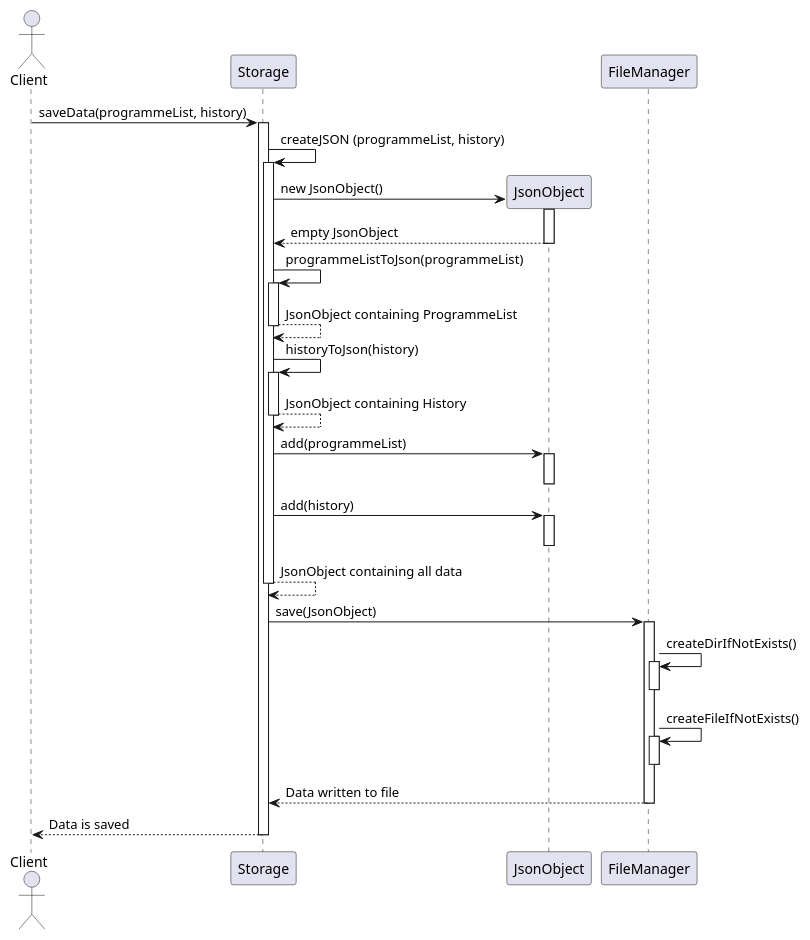
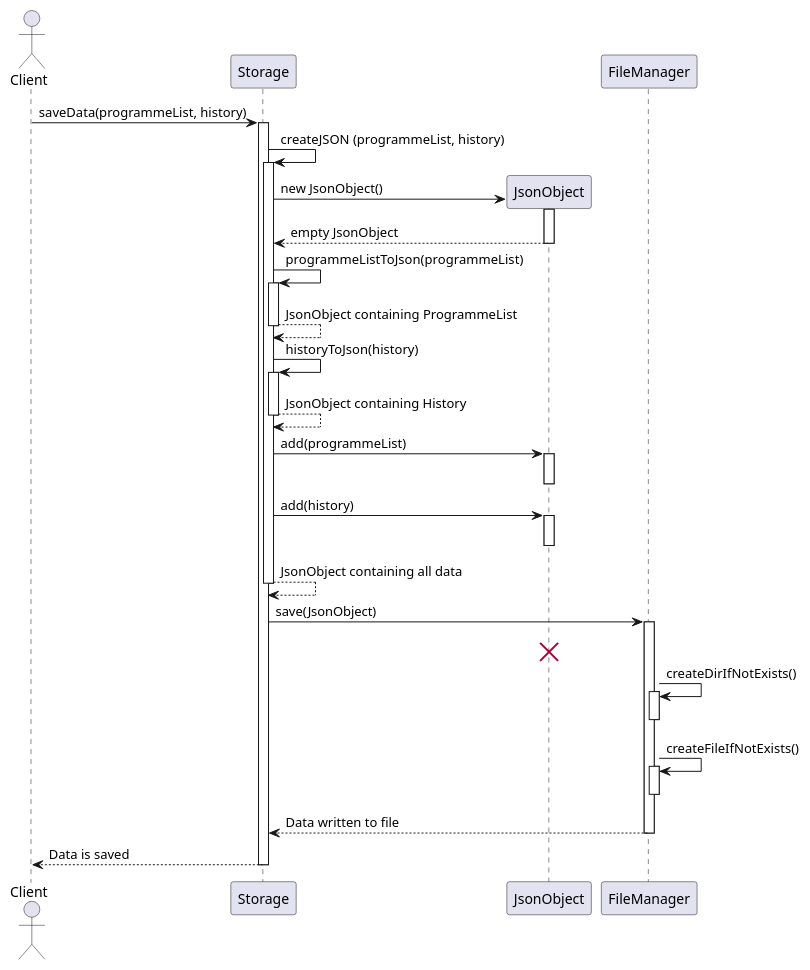
The diagram in docs/diagrams/saveSeqeunceDiagram.puml (nus-cs2113-AY2425S1/tp), drawn with PlantUML before and after one commit. The commit also changed 10 other files, not shown here.

Commit message:
Add Deletion for UML diagrams (my part + Edit Command)

```diff
--- a/docs/diagrams/saveSeqeunceDiagram.puml
+++ b/docs/diagrams/saveSeqeunceDiagram.puml
@@ -1,53 +1,53 @@
 @startuml
 
 actor Client
 
 Client -> Storage : saveData(programmeList, history)
 activate Storage
 
 Storage -> Storage : createJSON (programmeList, history)
 activate Storage
 create JsonObject
 Storage -> JsonObject : new JsonObject()
 activate JsonObject
 JsonObject --> Storage : empty JsonObject
 deactivate JsonObject
 
 Storage -> Storage : programmeListToJson(programmeList)
 activate Storage
 Storage --> Storage : JsonObject containing ProgrammeList
 deactivate Storage
 
 Storage -> Storage : historyToJson(history)
 activate Storage
 Storage --> Storage : JsonObject containing History
 deactivate Storage
 
 Storage -> JsonObject : add(programmeList)
 activate JsonObject
 deactivate JsonObject
 Storage -> JsonObject : add(history)
 activate JsonObject
 deactivate JsonObject
 
 Storage --> Storage : JsonObject containing all data
 deactivate Storage
 
 
 Storage -> FileManager : save(JsonObject)
 activate FileManager
-
+destroy JsonObject
 FileManager -> FileManager : createDirIfNotExists()
 activate FileManager
 deactivate FileManager
 FileManager -> FileManager : createFileIfNotExists()
 activate FileManager
 deactivate FileManager
 
 FileManager --> Storage : Data written to file
 deactivate FileManager
 
 Storage --> Client : Data is saved
 deactivate Storage
 
 @enduml
```
